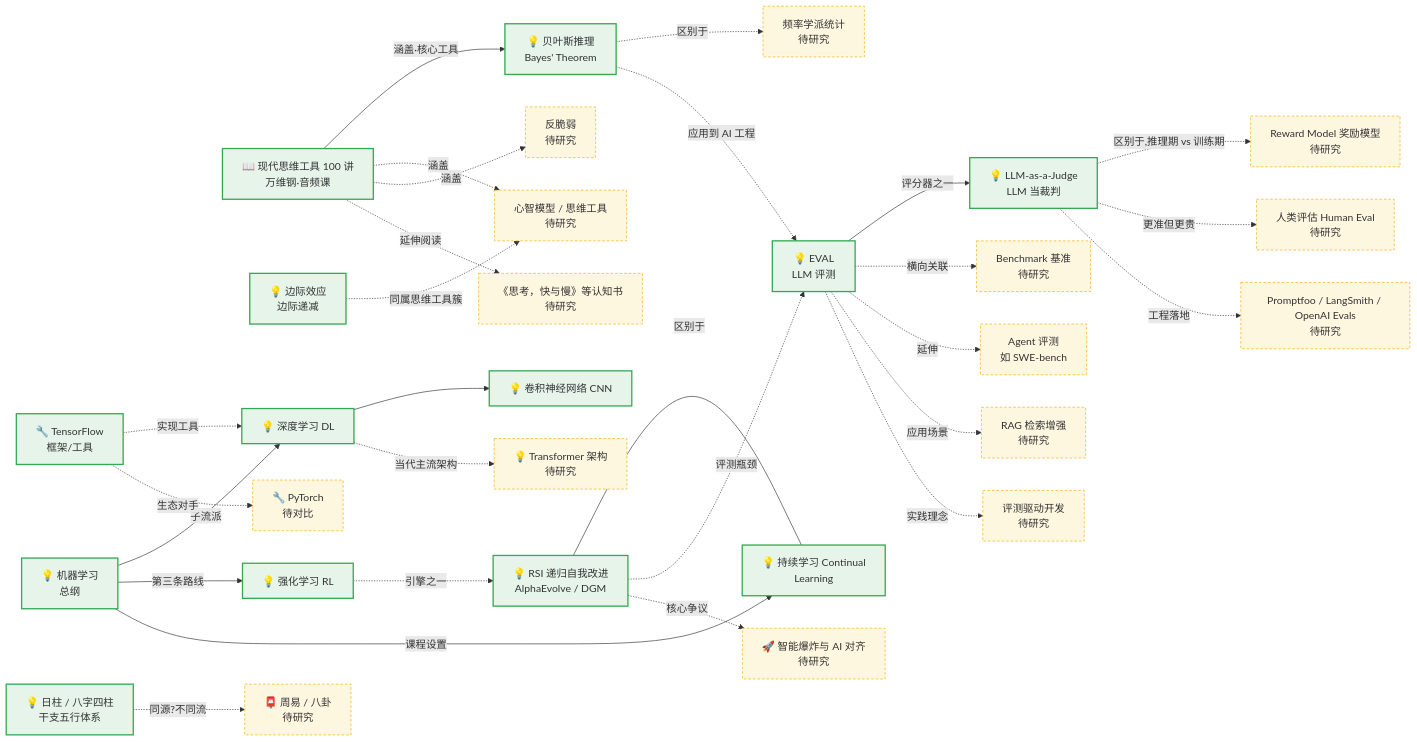
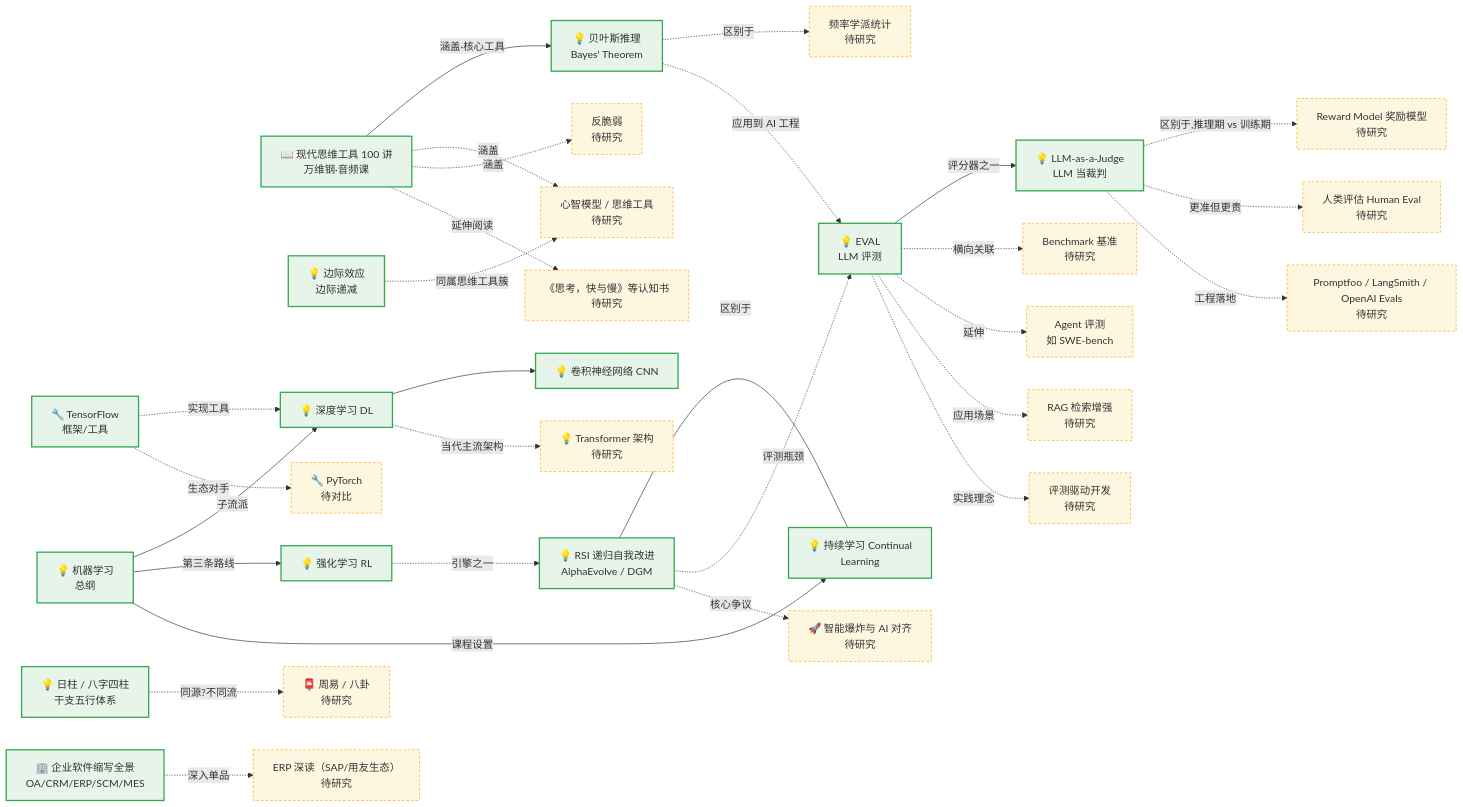
One commit to 1739467001-svg/info-search changed the diagram in relations.md. Above: the diagram before and after it, drawn with Mermaid. The commit also changed other lines of this file and 2 other files, not shown here.

Commit message:
docs: 新增《企业软件缩写全景》专题(深度版,5来源核实)，图谱挂企业信息化簇

````diff
--- a/relations.md
+++ b/relations.md
@@ -7,61 +7,66 @@
 ```mermaid
 graph LR
     EVAL["💡 EVAL<br/>LLM 评测"]:::done
     J["💡 LLM-as-a-Judge<br/>LLM 当裁判"]:::done
     BOOK["📖 现代思维工具 100 讲<br/>万维钢·音频课"]:::done
     BAY["💡 贝叶斯推理<br/>Bayes' Theorem"]:::done
 
     EVAL -->|评分器之一| J
     BAY -.->|区别于| FREQ["频率学派统计<br/>待研究"]
     J -.->|区别于,推理期 vs 训练期| RM["Reward Model 奖励模型<br/>待研究"]
     J -.->|更准但更贵| HMAN["人类评估 Human Eval<br/>待研究"]
     EVAL -.->|横向关联| BENCH["Benchmark 基准<br/>待研究"]
     EVAL -.->|延伸| AGENT["Agent 评测<br/>如 SWE-bench"]
     EVAL -.->|应用场景| RAG["RAG 检索增强<br/>待研究"]
     EVAL -.->|实践理念| EDD["评测驱动开发<br/>待研究"]
     J -.->|工程落地| TOOL["Promptfoo / LangSmith / OpenAI Evals<br/>待研究"]
 
     BOOK -->|涵盖·核心工具| BAY
     BOOK -.->|涵盖| FWK["心智模型 / 思维工具<br/>待研究"]
     BOOK -.->|涵盖| ANTF["反脆弱<br/>待研究"]
     BOOK -.->|延伸阅读| TBOOK["《思考，快与慢》等认知书<br/>待研究"]
     BIAN["💡 边际效应<br/>边际递减"]:::done
     BIAN -.->|同属思维工具簇| FWK
 
     ML["💡 机器学习<br/>总纲"]:::done
     DL["💡 深度学习 DL"]:::done
     CNN["💡 卷积神经网络 CNN"]:::done
     TF["🔧 TensorFlow<br/>框架/工具"]:::done
     RL["💡 强化学习 RL"]:::done
     CL["💡 持续学习 Continual<br/>Learning"]:::done
     TR["💡 Transformer 架构<br/>待研究"]:::td
     PT["🔧 PyTorch<br/>待对比"]:::td
 
     ML -->|子流派| DL
     ML -->|第三条路线| RL
     ML -->|课程设置| CL
     DL --> CNN
     DL -.->|当代主流架构| TR
     TF -.->|实现工具| DL
     TF -.->|生态对手| PT
 
     RIZ["💡 日柱 / 八字四柱<br/>干支五行体系"]:::done
     BAG["📮 周易 / 八卦<br/>待研究"]:::td
     RIZ -.->|同源?不同流| BAG
 
     RSI["💡 RSI 递归自我改进<br/>AlphaEvolve / DGM"]:::done
     IE["🚀 智能爆炸与 AI 对齐<br/>待研究"]:::td
     RL -.->|引擎之一| RSI
     RSI ---|区别于| CL
     RSI -.->|评测瓶颈| EVAL
     RSI -.->|核心争议| IE
+
+    ENT["🏢 企业软件缩写全景<br/>OA/CRM/ERP/SCM/MES"]:::done
+    ERPD["ERP 深读（SAP/用友生态）<br/>待研究"]:::td
+    ENT -.->|深入单品| ERPD
     BAY -.->|应用到 AI 工程| EVAL
 
     classDef done fill:#e6f4ea,stroke:#34a853,stroke-width:2px;
     classDef td fill:#fef7e0,stroke:#f9ab00,stroke-width:1px,stroke-dasharray: 4 3;
 class EVAL,J,BOOK,BAY,BIAN done;
 class ML,DL,CNN,TF,RL,CL done;
 class RIZ done;
 class RSI done;
-class TR,PT,BAG,IE,FREQ,RM,HMAN,BENCH,AGENT,RAG,EDD,TOOL,FWK,ANTF,TBOOK td;
+class ENT done;
+class TR,PT,BAG,IE,ERPD,FREQ,RM,HMAN,BENCH,AGENT,RAG,EDD,TOOL,FWK,ANTF,TBOOK td;
 ```
````
